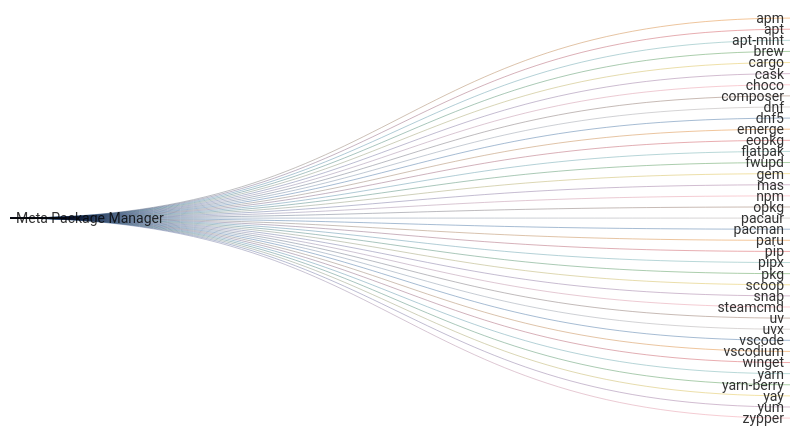
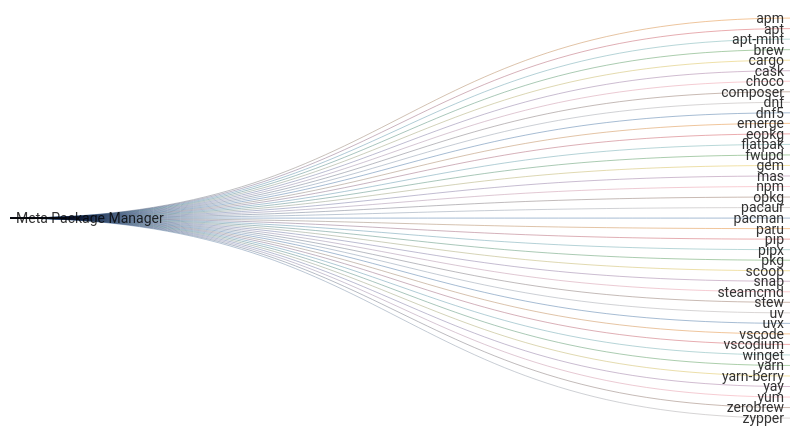
One commit to kdeldycke/meta-package-manager changed the diagram in readme.md. Above: the diagram before and after it, drawn with Mermaid. The commit also changed other lines of this file, not shown here.

````diff
--- a/readme.md
+++ b/readme.md
@@ -70,44 +70,46 @@
 ```mermaid
 ---
 config: {"sankey": {"showValues": false, "width": 800, "height": 400}}
 ---
 sankey-beta
 
 Meta Package Manager,apm,1
 Meta Package Manager,apt,1
 Meta Package Manager,apt-mint,1
 Meta Package Manager,brew,1
 Meta Package Manager,cargo,1
 Meta Package Manager,cask,1
 Meta Package Manager,choco,1
 Meta Package Manager,composer,1
 Meta Package Manager,dnf,1
 Meta Package Manager,dnf5,1
 Meta Package Manager,emerge,1
 Meta Package Manager,eopkg,1
 Meta Package Manager,flatpak,1
 Meta Package Manager,fwupd,1
 Meta Package Manager,gem,1
 Meta Package Manager,mas,1
 Meta Package Manager,npm,1
 Meta Package Manager,opkg,1
 Meta Package Manager,pacaur,1
 Meta Package Manager,pacman,1
 Meta Package Manager,paru,1
 Meta Package Manager,pip,1
 Meta Package Manager,pipx,1
 Meta Package Manager,pkg,1
 Meta Package Manager,scoop,1
 Meta Package Manager,snap,1
 Meta Package Manager,steamcmd,1
+Meta Package Manager,stew,1
 Meta Package Manager,uv,1
 Meta Package Manager,uvx,1
 Meta Package Manager,vscode,1
 Meta Package Manager,vscodium,1
 Meta Package Manager,winget,1
 Meta Package Manager,yarn,1
 Meta Package Manager,yarn-berry,1
 Meta Package Manager,yay,1
 Meta Package Manager,yum,1
+Meta Package Manager,zerobrew,1
 Meta Package Manager,zypper,1
 ```
````
